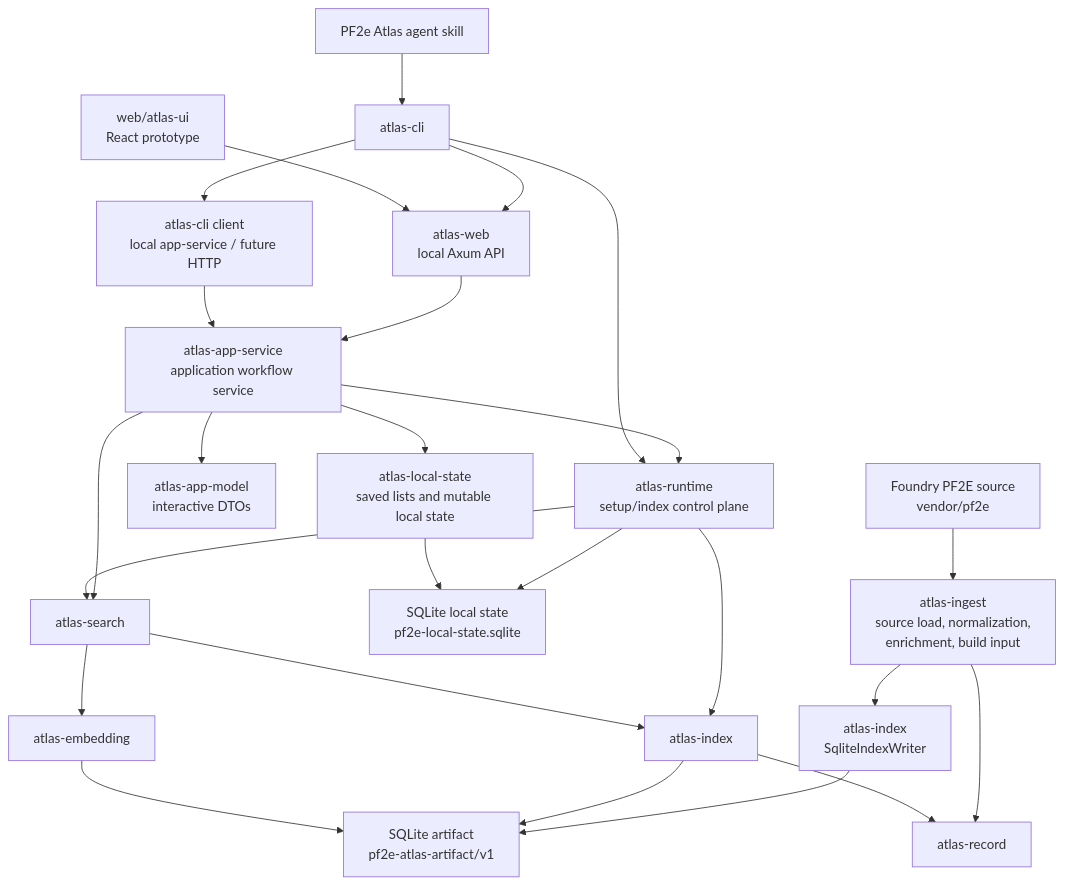
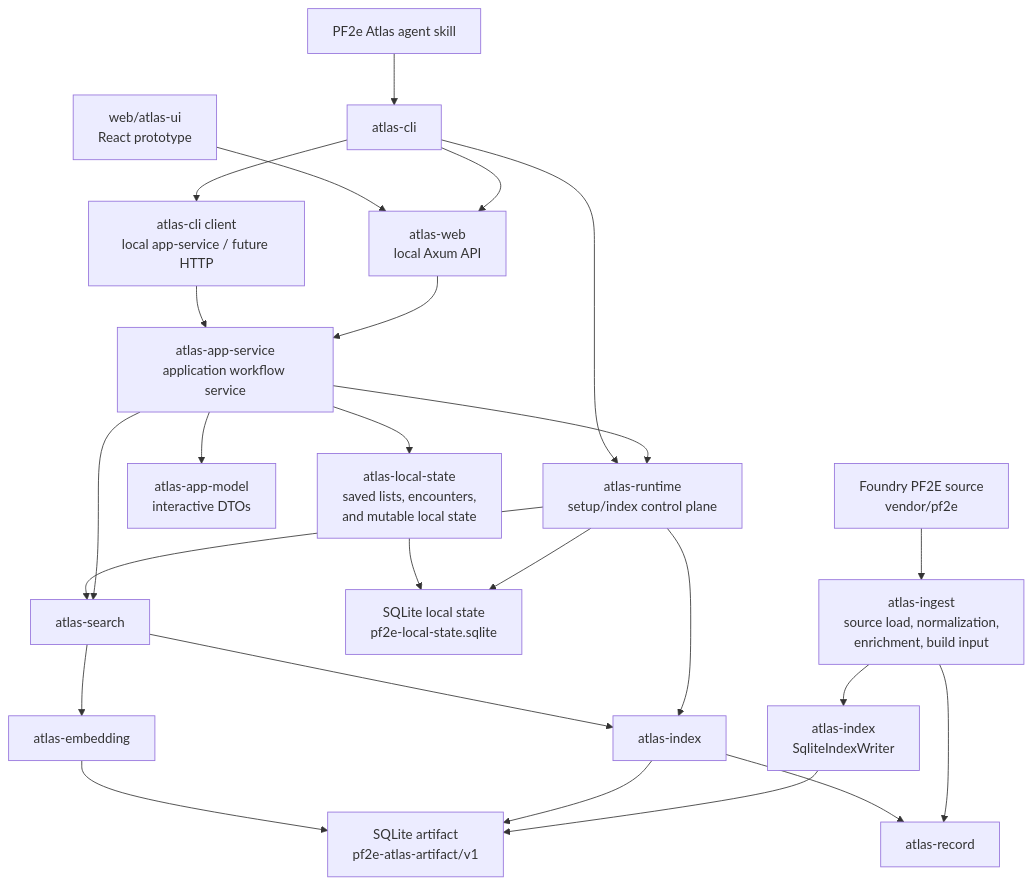
Before and after one commit to e-kosten/pf2e-atlas: the diagram in docs/architecture/overview.md, drawn with Mermaid. The commit also changed other lines of this file and 65 other files, not shown here.

````diff
--- a/docs/architecture/overview.md
+++ b/docs/architecture/overview.md
@@ -35,29 +35,29 @@
 ```mermaid
 flowchart TD
     pf2e["Foundry PF2E source<br/>vendor/pf2e"] --> ingest["atlas-ingest<br/>source load, normalization,<br/>enrichment, build input"]
     ingest --> indexWriter["atlas-index<br/>SqliteIndexWriter"]
     indexWriter --> artifactDb["SQLite artifact<br/>pf2e-atlas-artifact/v1"]
     localStateDb["SQLite local state<br/>pf2e-local-state.sqlite"]
 
     skill["PF2e Atlas agent skill"] --> cli["atlas-cli"]
     cli --> web["atlas-web<br/>local Axum API"]
     browser["web/atlas-ui<br/>React prototype"] --> web
     web --> appService["atlas-app-service<br/>application workflow service"]
     appService --> appModel["atlas-app-model<br/>interactive DTOs"]
     appService --> runtime
     appService --> search
-    appService --> localState["atlas-local-state<br/>saved lists and mutable local state"]
+    appService --> localState["atlas-local-state<br/>saved lists, encounters,<br/>and mutable local state"]
     cli --> cliClient["atlas-cli client<br/>local app-service / future HTTP"]
     cliClient --> appService
     cli --> runtime["atlas-runtime<br/>setup/index control plane"]
     runtime --> search["atlas-search"]
     runtime --> index["atlas-index"]
     runtime --> localStateDb
     localState --> localStateDb
     search --> index
     search --> embedding["atlas-embedding"]
     index --> artifactDb
     embedding --> artifactDb
     ingest --> record["atlas-record"]
     index --> record
 ```
````
